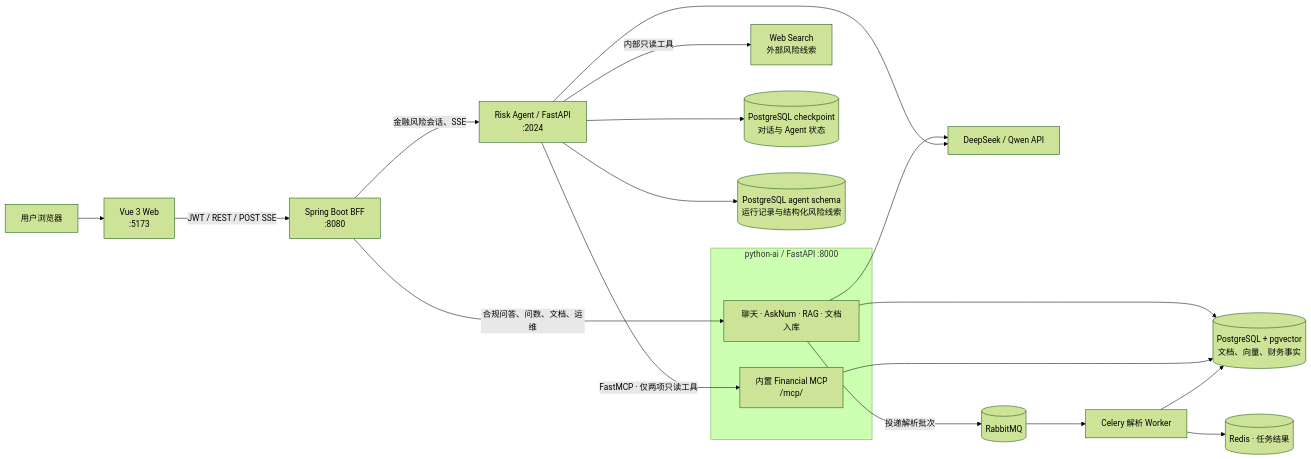
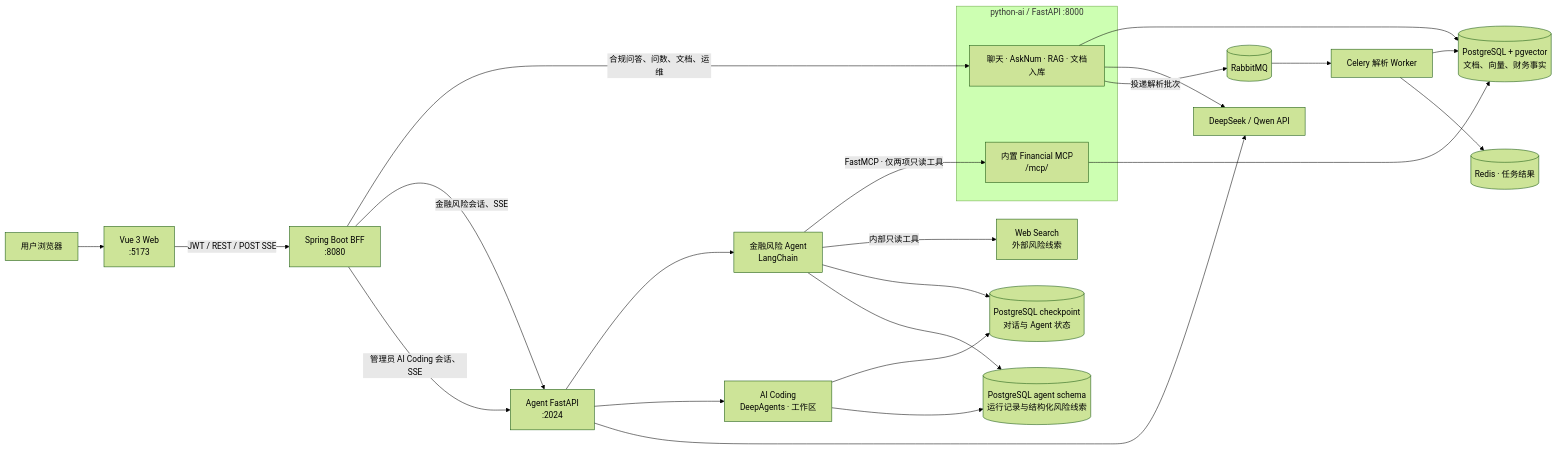
One commit to WWBQ/regops_copilot changed the diagram in README.md. Above: the diagram before and after it, drawn with Mermaid (forest theme). The commit also changed other lines of this file and 46 other files, not shown here.

First line of the commit message:
feat: add admin AI Coding beside the read-only financial agent

````diff
--- a/README.md
+++ b/README.md
@@ -33,26 +33,31 @@
 ```mermaid
 flowchart LR
     U[用户浏览器] --> WEB[Vue 3 Web<br/>:5173]
     WEB -->|JWT / REST / POST SSE| JAVA[Spring Boot BFF<br/>:8080]
 
     subgraph PYAI[python-ai / FastAPI :8000]
         PY[聊天 · AskNum · RAG · 文档入库]
         MCP[内置 Financial MCP<br/>/mcp/]
     end
 
     JAVA -->|合规问答、问数、文档、运维| PY
-    JAVA -->|金融风险会话、SSE| AGENT[Risk Agent / FastAPI<br/>:2024]
-    AGENT -->|FastMCP · 仅两项只读工具| MCP
-    AGENT -->|内部只读工具| SEARCH[Web Search<br/>外部风险线索]
+    JAVA -->|金融风险会话、SSE| AGENT[Agent FastAPI<br/>:2024]
+    JAVA -->|管理员 AI Coding 会话、SSE| AGENT
+    AGENT --> RISK[金融风险 Agent<br/>LangChain]
+    AGENT --> CODING[AI Coding<br/>DeepAgents · 工作区]
+    RISK -->|FastMCP · 仅两项只读工具| MCP
+    RISK -->|内部只读工具| SEARCH[Web Search<br/>外部风险线索]
 
     PY --> PG[(PostgreSQL + pgvector<br/>文档、向量、财务事实)]
     MCP --> PG
-    AGENT --> CP[(PostgreSQL checkpoint<br/>对话与 Agent 状态)]
-    AGENT --> BS[(PostgreSQL agent schema<br/>运行记录与结构化风险线索)]
+    RISK --> CP[(PostgreSQL checkpoint<br/>对话与 Agent 状态)]
+    CODING --> CP
+    RISK --> BS[(PostgreSQL agent schema<br/>运行记录与结构化风险线索)]
+    CODING --> BS
     PY --> LLM[DeepSeek / Qwen API]
     AGENT --> LLM
     PY -->|投递解析批次| MQ[(RabbitMQ)]
     MQ --> WORKER[Celery 解析 Worker]
     WORKER --> PG
     WORKER --> REDIS[(Redis · 任务结果)]
 ```
````
